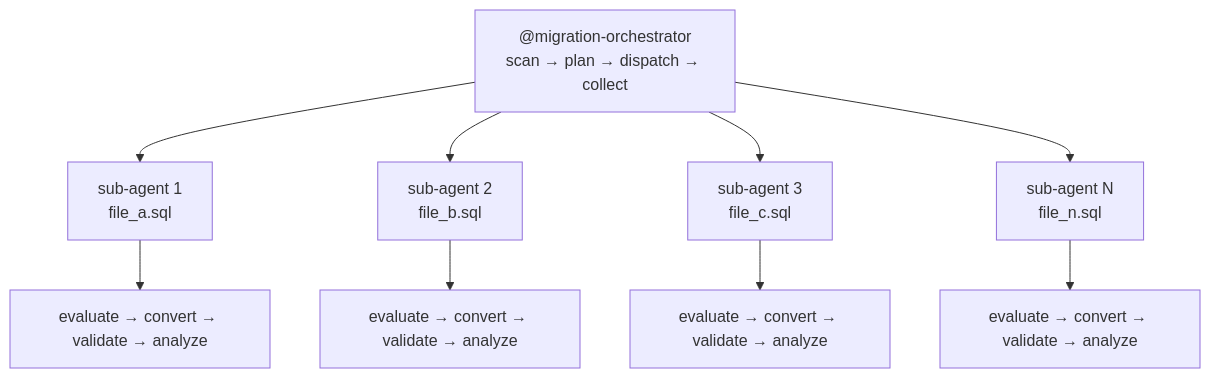
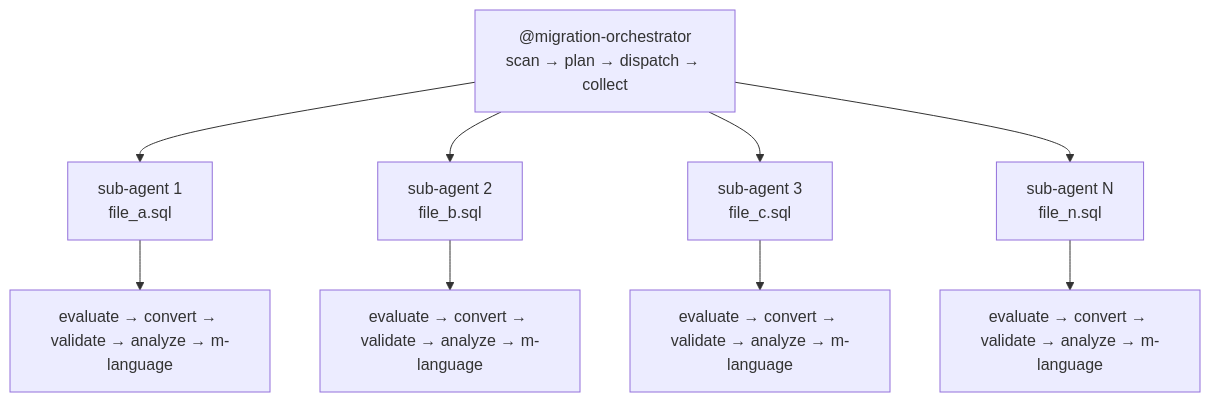
One commit to samueltauil/oracle-to-tsql changed the second of 3 diagrams in README.md. Above: the diagram before and after it, drawn with Mermaid. The commit also changed other lines of this file and 5 other files, not shown here.

````diff
--- a/README.md
+++ b/README.md
@@ -112,13 +122,13 @@
 ```mermaid
 flowchart TB
     O["@migration-orchestrator\nscan → plan → dispatch → collect"]
     O --> S1["sub-agent 1\nfile_a.sql"]
     O --> S2["sub-agent 2\nfile_b.sql"]
     O --> S3["sub-agent 3\nfile_c.sql"]
     O --> SN["sub-agent N\nfile_n.sql"]
 
-    S1 --> P1["evaluate → convert → validate → analyze"]
-    S2 --> P2["evaluate → convert → validate → analyze"]
-    S3 --> P3["evaluate → convert → validate → analyze"]
-    SN --> PN["evaluate → convert → validate → analyze"]
+    S1 --> P1["evaluate → convert → validate → analyze → m-language"]
+    S2 --> P2["evaluate → convert → validate → analyze → m-language"]
+    S3 --> P3["evaluate → convert → validate → analyze → m-language"]
+    SN --> PN["evaluate → convert → validate → analyze → m-language"]
 ```
````
